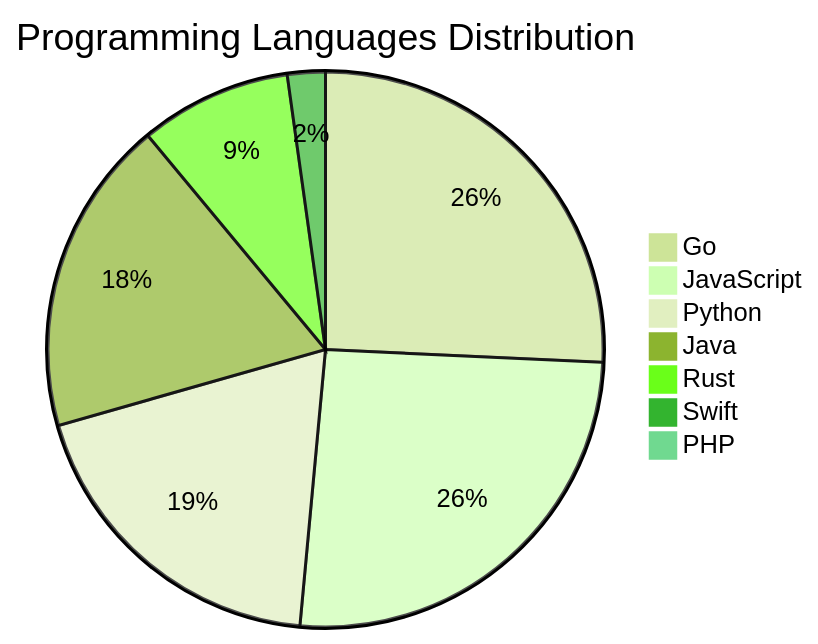
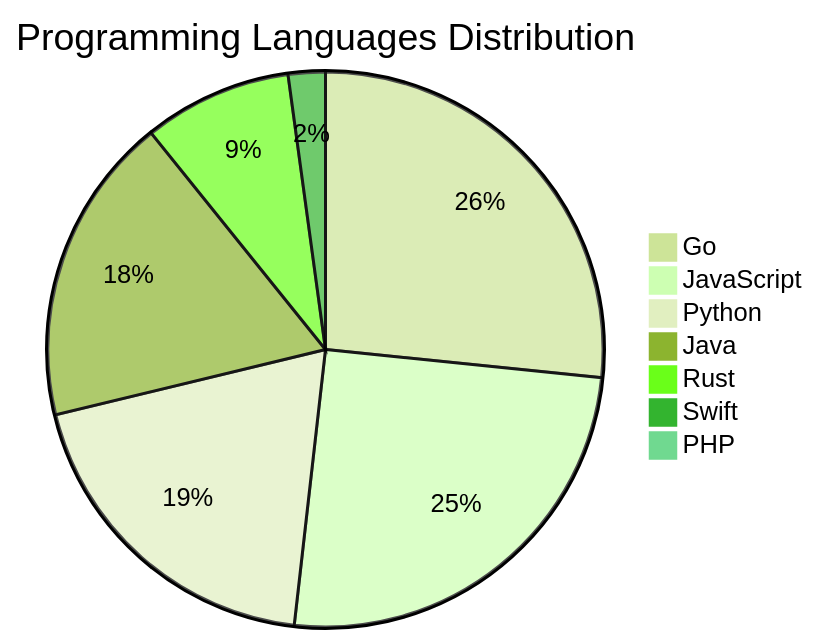
One commit to Derrick-MUGISHA/github-activity-bot changed the diagram in README.md. Above: the diagram before and after it, drawn with Mermaid (forest theme). The commit also changed other lines of this file and 4 other files, not shown here.

````diff
--- a/README.md
+++ b/README.md
@@ -207,10 +207,10 @@
 ```mermaid
 pie title Programming Languages Distribution
-    "Go" : 35
+    "Go" : 37
     "JavaScript" : 35
-    "Python" : 26
+    "Python" : 27
     "Java" : 25
     "Rust" : 12
     "Swift" : 3
     "PHP" : 1
 ```
````
